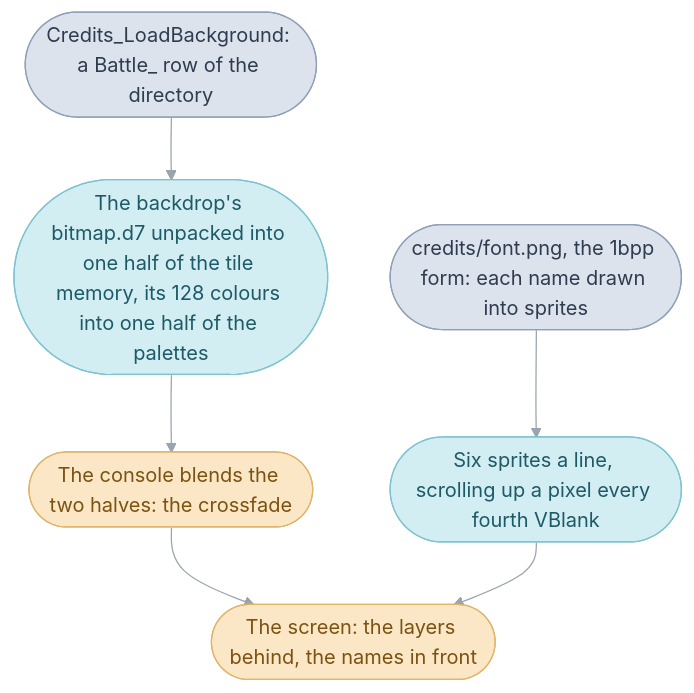
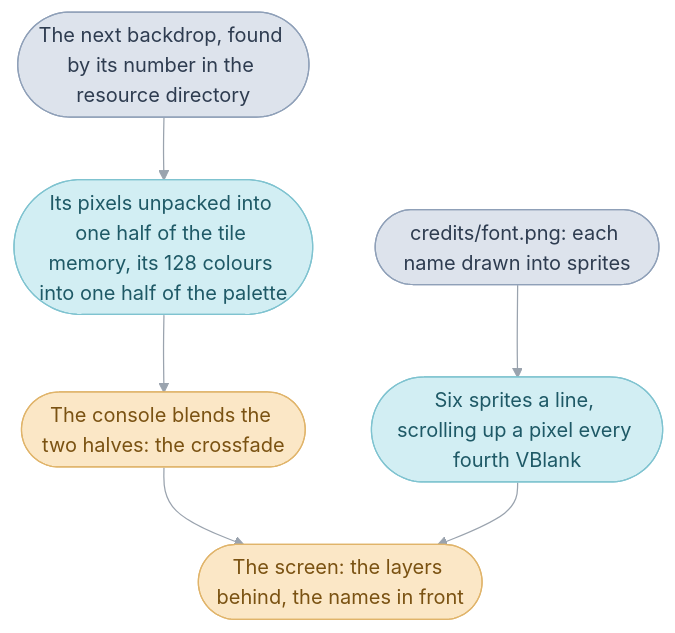
The third of 3 diagrams in games/tbs/src/graphics/README.md (PascalPixel/alchemy), drawn with Mermaid before and after one commit. The commit also changed other lines of this file and 21 other files, not shown here.

First line of the commit message:
☀️ Docs: each mechanism explained on one page

````diff
--- a/games/tbs/src/graphics/README.md
+++ b/games/tbs/src/graphics/README.md
@@ -376,15 +295,15 @@
 ```mermaid
 %%{init: {"theme": "base", "themeVariables": {"lineColor": "#9AA3AE", "edgeLabelBackground": "#FFFFFF"}, "flowchart": {"curve": "basis", "padding": 12}}}%%
 flowchart TD
-  row(["Credits_LoadBackground: a Battle_ row of the directory"]) --> unpack(["The backdrop's bitmap.d7 unpacked into one half of the tile memory, its 128 colours into one half of the palettes"])
+  row(["The next backdrop, found by its number in the resource directory"]) --> unpack(["Its pixels unpacked into one half of the tile memory, its 128 colours into one half of the palette"])
   unpack --> blend(["The console blends the two halves: the crossfade"])
-  font(["credits/font.png, the 1bpp form: each name drawn into sprites"]) --> names(["Six sprites a line, scrolling up a pixel every fourth VBlank"])
+  font(["credits/font.png: each name drawn into sprites"]) --> names(["Six sprites a line, scrolling up a pixel every fourth VBlank"])
   blend --> screen(["The screen: the layers behind, the names in front"])
   names --> screen
   classDef build fill:#D2EEF3,stroke:#7FC3D0,color:#1E5966
   classDef hardware fill:#FBE7C6,stroke:#E0B46A,color:#7A5212
   classDef source fill:#DDE3EC,stroke:#8FA0B8,color:#2E3C50
   class row,font source
   class unpack,names build
   class blend,screen hardware
 ```
````
